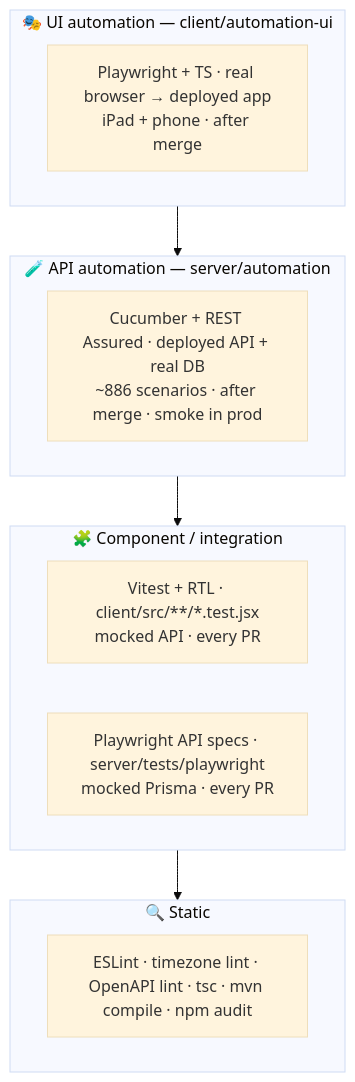
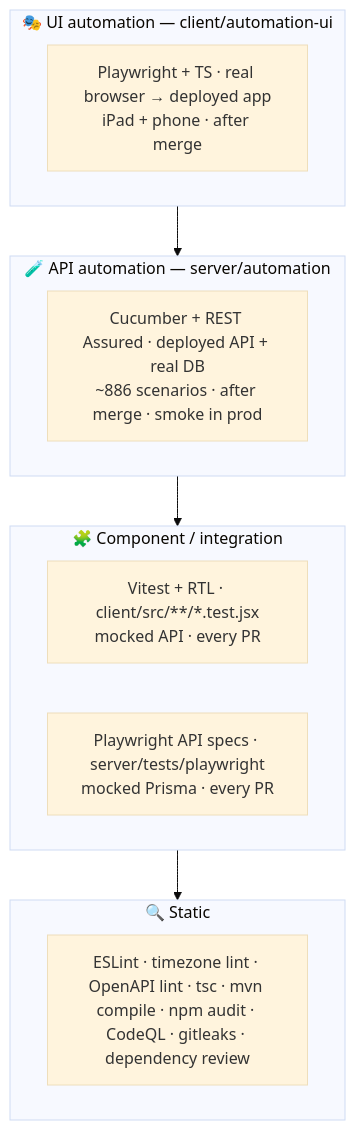
The first of 2 diagrams in docs/07-quality-and-testing.md (Raghavendra-Prasad-Gowda/dairy-distribution-manager-vmd), drawn with Mermaid (base theme) before and after one commit. The commit also changed other lines of this file and 6 other files, not shown here.

First line of the commit message:
ci: add CodeQL, gitleaks secret scan and dependency review

````diff
--- a/docs/07-quality-and-testing.md
+++ b/docs/07-quality-and-testing.md
@@ -9,17 +9,17 @@
 ```mermaid
 flowchart TB
     subgraph E2E["🎭 UI automation — client/automation-ui"]
         U[Playwright + TS · real browser → deployed app<br/>iPad + phone · after merge]
     end
     subgraph API["🧪 API automation — server/automation"]
         A[Cucumber + REST Assured · deployed API + real DB<br/>~886 scenarios · after merge · smoke in prod]
     end
     subgraph COMP["🧩 Component / integration"]
         V[Vitest + RTL · client/src/**/*.test.jsx<br/>mocked API · every PR]
         P[Playwright API specs · server/tests/playwright<br/>mocked Prisma · every PR]
     end
     subgraph STATIC["🔍 Static"]
-        L[ESLint · timezone lint · OpenAPI lint · tsc · mvn compile · npm audit]
+        L[ESLint · timezone lint · OpenAPI lint · tsc · mvn compile · npm audit · CodeQL · gitleaks · dependency review]
     end
     E2E --> API --> COMP --> STATIC
 ```
````
